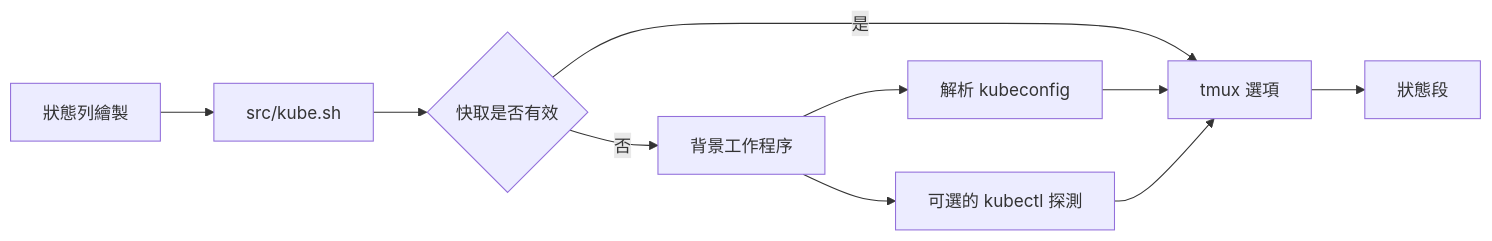
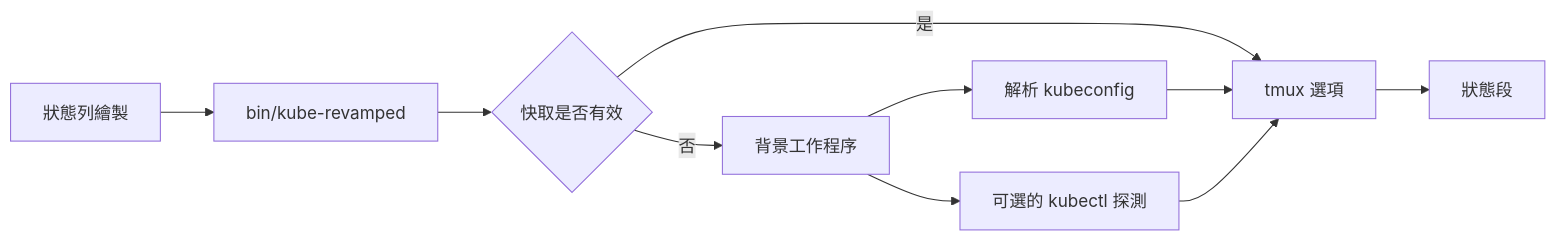
Before and after one commit to tmux-revamped/tmux-kube-revamped: the diagram in README.zh-HK.md, drawn with Mermaid. The commit also changed other lines of this file and 168 other files, not shown here.

````diff
--- a/README.zh-HK.md
+++ b/README.zh-HK.md
@@ -161,12 +191,12 @@
 ```mermaid
 graph LR
-    A[狀態列繪製] --> B[src/kube.sh]
+    A[狀態列繪製] --> B[bin/kube-revamped]
     B --> C{快取是否有效}
     C -->|是| D[tmux 選項]
     C -->|否| E[背景工作程序]
     E --> F[解析 kubeconfig]
     E --> G[可選的 kubectl 探測]
     F --> D
     G --> D
     D --> H[狀態段]
 ```
````
